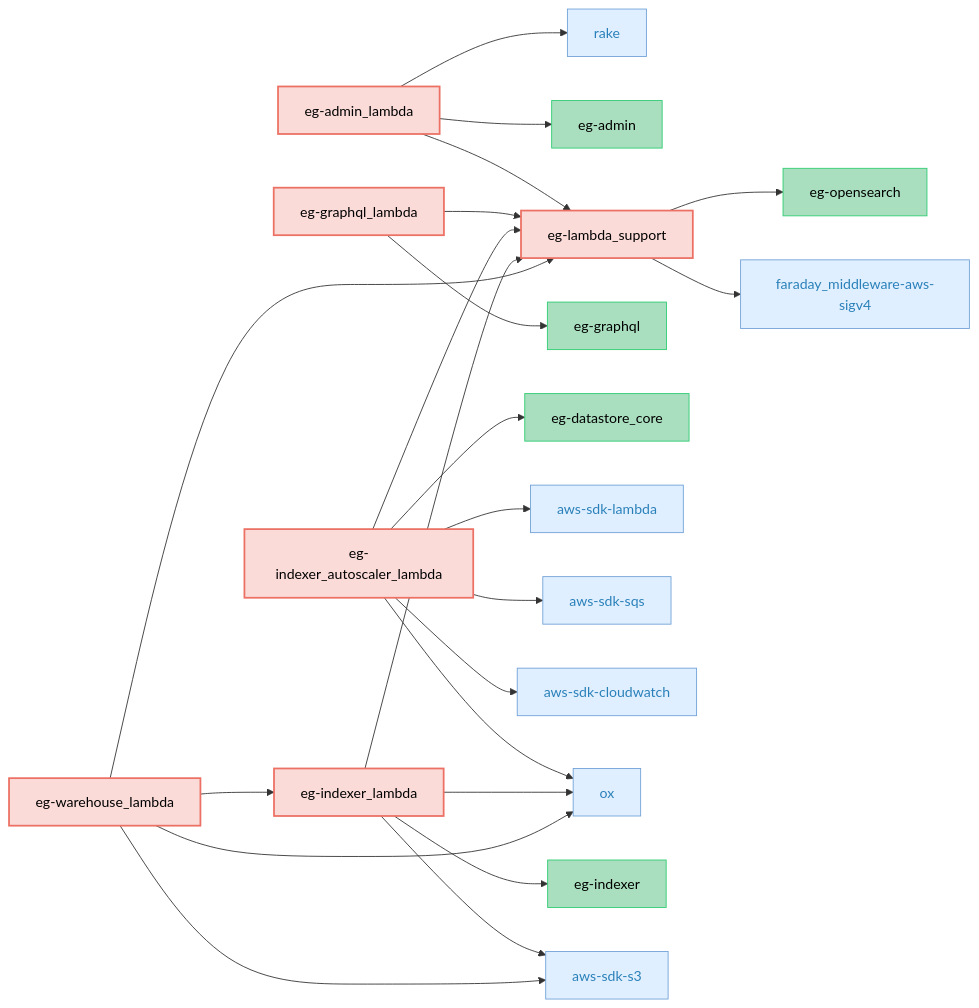
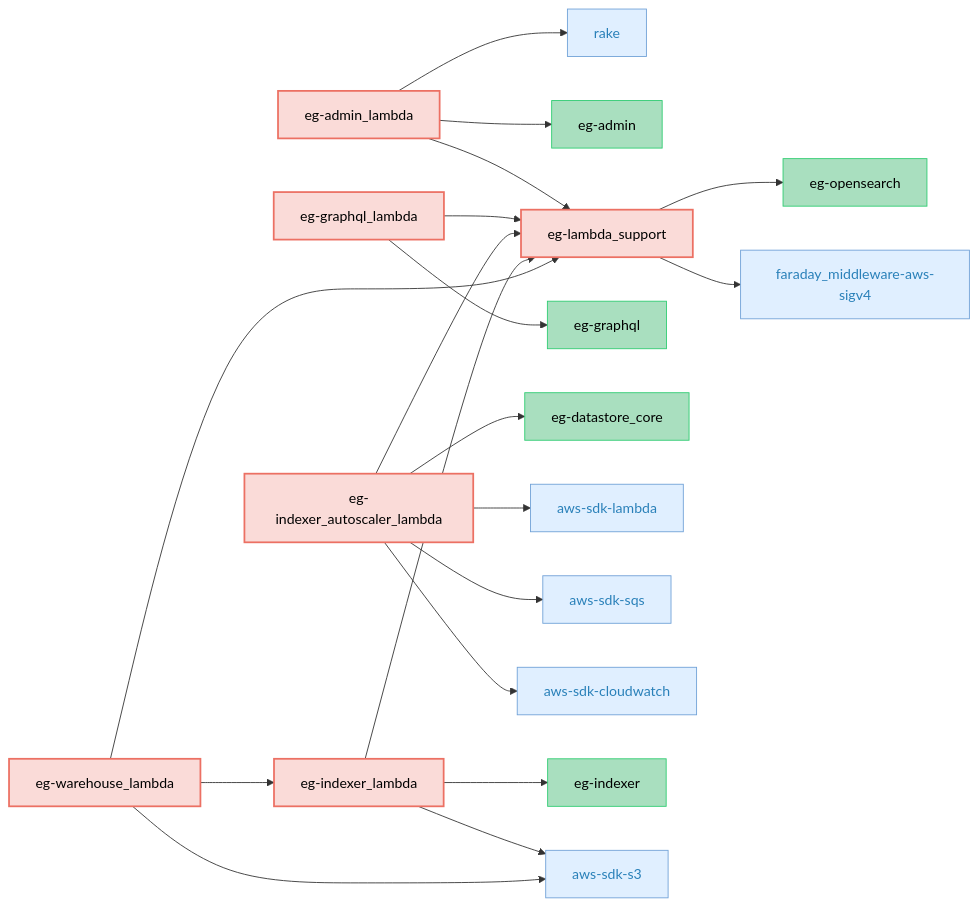
Before and after one commit to block/elasticgraph: the fifth of 5 diagrams in CODEBASE_OVERVIEW.md, drawn with Mermaid. The commit also changed 8 other files, not shown here.

````diff
--- a/CODEBASE_OVERVIEW.md
+++ b/CODEBASE_OVERVIEW.md
@@ -268,70 +268,64 @@
 ```mermaid
 graph LR;
     classDef targetGemStyle fill:#FADBD8,stroke:#EC7063,color:#000,stroke-width:2px;
     classDef otherEgGemStyle fill:#A9DFBF,stroke:#2ECC71,color:#000;
     classDef externalGemCatStyle fill:#E0EFFF,stroke:#70A1D7,color:#2980B9;
     elasticgraph-admin_lambda["eg-admin_lambda"];
     rake["rake"];
     elasticgraph-admin["eg-admin"];
     elasticgraph-lambda_support["eg-lambda_support"];
     elasticgraph-graphql_lambda["eg-graphql_lambda"];
     elasticgraph-graphql["eg-graphql"];
     elasticgraph-indexer_autoscaler_lambda["eg-indexer_autoscaler_lambda"];
     elasticgraph-datastore_core["eg-datastore_core"];
     aws-sdk-lambda["aws-sdk-lambda"];
     aws-sdk-sqs["aws-sdk-sqs"];
     aws-sdk-cloudwatch["aws-sdk-cloudwatch"];
-    ox["ox"];
     elasticgraph-indexer_lambda["eg-indexer_lambda"];
     elasticgraph-indexer["eg-indexer"];
     aws-sdk-s3["aws-sdk-s3"];
     elasticgraph-opensearch["eg-opensearch"];
     faraday_middleware-aws-sigv4["faraday_middleware-aws-sigv4"];
     elasticgraph-warehouse_lambda["eg-warehouse_lambda"];
     elasticgraph-admin_lambda --> rake;
     elasticgraph-admin_lambda --> elasticgraph-admin;
     elasticgraph-admin_lambda --> elasticgraph-lambda_support;
     elasticgraph-graphql_lambda --> elasticgraph-graphql;
     elasticgraph-graphql_lambda --> elasticgraph-lambda_support;
     elasticgraph-indexer_autoscaler_lambda --> elasticgraph-datastore_core;
     elasticgraph-indexer_autoscaler_lambda --> elasticgraph-lambda_support;
     elasticgraph-indexer_autoscaler_lambda --> aws-sdk-lambda;
     elasticgraph-indexer_autoscaler_lambda --> aws-sdk-sqs;
     elasticgraph-indexer_autoscaler_lambda --> aws-sdk-cloudwatch;
-    elasticgraph-indexer_autoscaler_lambda --> ox;
     elasticgraph-indexer_lambda --> elasticgraph-indexer;
     elasticgraph-indexer_lambda --> elasticgraph-lambda_support;
     elasticgraph-indexer_lambda --> aws-sdk-s3;
-    elasticgraph-indexer_lambda --> ox;
     elasticgraph-lambda_support --> elasticgraph-opensearch;
     elasticgraph-lambda_support --> faraday_middleware-aws-sigv4;
     elasticgraph-warehouse_lambda --> elasticgraph-indexer_lambda;
     elasticgraph-warehouse_lambda --> elasticgraph-lambda_support;
     elasticgraph-warehouse_lambda --> aws-sdk-s3;
-    elasticgraph-warehouse_lambda --> ox;
     class elasticgraph-admin_lambda targetGemStyle;
     class rake externalGemCatStyle;
     class elasticgraph-admin otherEgGemStyle;
     class elasticgraph-lambda_support targetGemStyle;
     class elasticgraph-graphql_lambda targetGemStyle;
     class elasticgraph-graphql otherEgGemStyle;
     class elasticgraph-indexer_autoscaler_lambda targetGemStyle;
     class elasticgraph-datastore_core otherEgGemStyle;
     class aws-sdk-lambda externalGemCatStyle;
     class aws-sdk-sqs externalGemCatStyle;
     class aws-sdk-cloudwatch externalGemCatStyle;
-    class ox externalGemCatStyle;
     class elasticgraph-indexer_lambda targetGemStyle;
     class elasticgraph-indexer otherEgGemStyle;
     class aws-sdk-s3 externalGemCatStyle;
     class elasticgraph-opensearch otherEgGemStyle;
     class faraday_middleware-aws-sigv4 externalGemCatStyle;
     class elasticgraph-warehouse_lambda targetGemStyle;
     click rake href "https://rubygems.org/gems/rake" "Open on RubyGems.org" _blank;
     click aws-sdk-lambda href "https://rubygems.org/gems/aws-sdk-lambda" "Open on RubyGems.org" _blank;
     click aws-sdk-sqs href "https://rubygems.org/gems/aws-sdk-sqs" "Open on RubyGems.org" _blank;
     click aws-sdk-cloudwatch href "https://rubygems.org/gems/aws-sdk-cloudwatch" "Open on RubyGems.org" _blank;
-    click ox href "https://rubygems.org/gems/ox" "Open on RubyGems.org" _blank;
     click aws-sdk-s3 href "https://rubygems.org/gems/aws-sdk-s3" "Open on RubyGems.org" _blank;
     click faraday_middleware-aws-sigv4 href "https://rubygems.org/gems/faraday_middleware-aws-sigv4" "Open on RubyGems.org" _blank;
 ```
````
